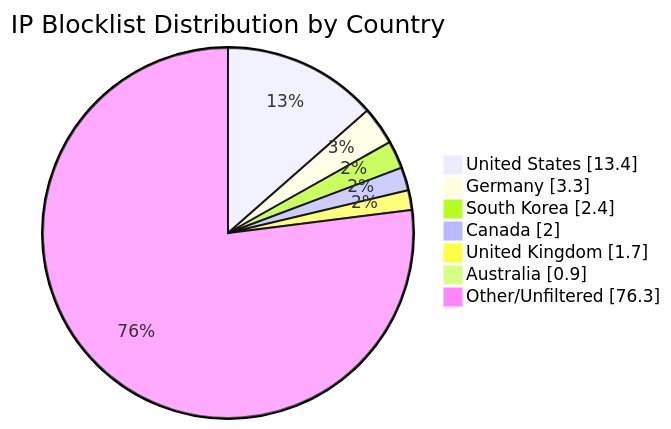
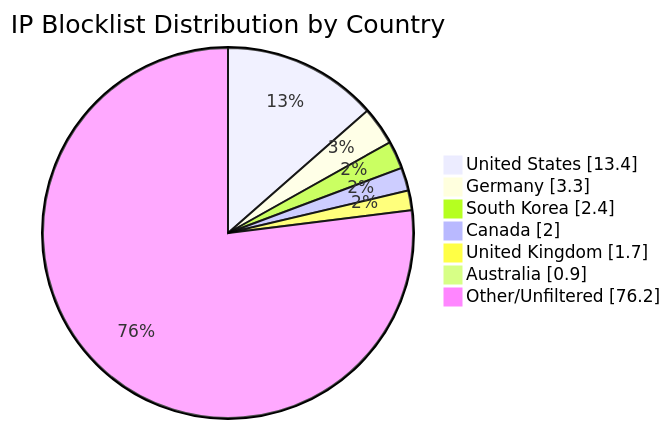
One commit to MarcusHoltz/ipblocklist-geofiltered-aggregator changed the diagram in README.md. Above: the diagram before and after it, drawn with Mermaid. The commit also changed other lines of this file and 9 other files, not shown here.

````diff
--- a/README.md
+++ b/README.md
@@ -34,10 +34,10 @@
 ```mermaid
 pie showData title IP Blocklist Distribution by Country
 "United States" : 13.4
 "Germany" : 3.3
 "South Korea" : 2.4
 "Canada" : 2.0
 "United Kingdom" : 1.7
 "Australia" : 0.9
-"Other/Unfiltered" : 76.3
+"Other/Unfiltered" : 76.2
 ```
````
